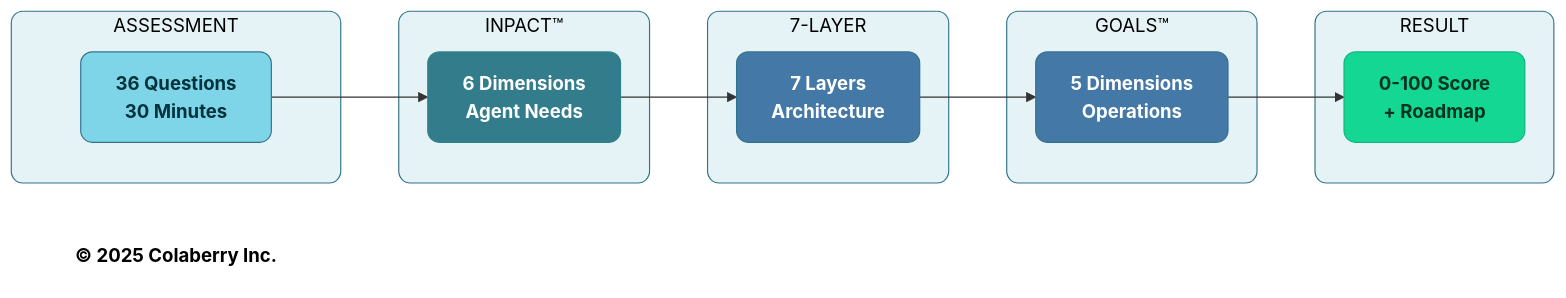
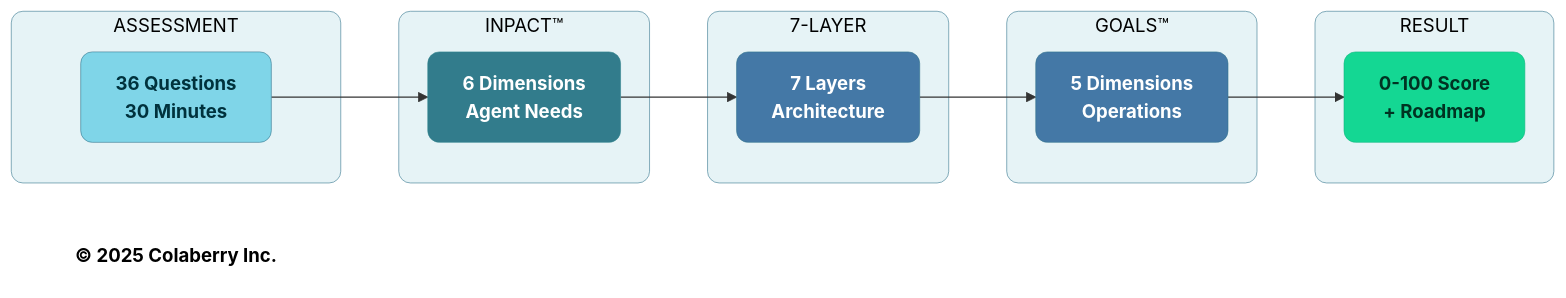
One commit to saitejesh-cyber/trust-before-intelligence-book changed the second of 6 diagrams in manuscript/10_chapter_9_measuring_agent_readiness.md. Above: the diagram before and after it, drawn with Mermaid. The commit also changed other lines of this file and 12 other files, not shown here.

Commit message:
Update stroke width to 0.5px instead of 1px to all the diagrams

````diff
--- a/manuscript/10_chapter_9_measuring_agent_readiness.md
+++ b/manuscript/10_chapter_9_measuring_agent_readiness.md
@@ -89,38 +89,38 @@
 ```mermaid
 graph LR
     subgraph ASSESS["ASSESSMENT"]
         A1["<b>36 Questions</b><br/><b>30 Minutes</b>"]
     end
     
     subgraph INPACT["INPACT™"]
         I1["<b>6 Dimensions</b><br/><b>Agent Needs</b>"]
     end
     
     subgraph ARCH["7-LAYER"]
         A2["<b>7 Layers</b><br/><b>Architecture</b>"]
     end
     
     subgraph GOALS["GOALS™"]
         G1["<b>5 Dimensions</b><br/><b>Operations</b>"]
     end
     
     subgraph RESULT["RESULT"]
         R1["<b>0-100 Score</b><br/><b>+ Roadmap</b>"]
     end
     
     A1 --> I1 --> A2 --> G1 --> R1
     
     Copyright["<b>© 2025 Colaberry Inc.</b>"]
     
-    style ASSESS fill:#E6F3F6,stroke:#32738C,stroke-width:1px,color:#000000,rx:10,ry:10
-    style INPACT fill:#E6F3F6,stroke:#32738C,stroke-width:1px,color:#000000,rx:10,ry:10
-    style ARCH fill:#E6F3F6,stroke:#32738C,stroke-width:1px,color:#000000,rx:10,ry:10
-    style GOALS fill:#E6F3F6,stroke:#32738C,stroke-width:1px,color:#000000,rx:10,ry:10
-    style RESULT fill:#E6F3F6,stroke:#32738C,stroke-width:1px,color:#000000,rx:10,ry:10
-    style A1 fill:#7FD5E8,stroke:#32738C,stroke-width:1px,color:#00323D,rx:10,ry:10
-    style I1 fill:#327C8C,stroke:#30838C,stroke-width:1px,color:#ffffff,rx:10,ry:10
-    style A2 fill:#4478A6,stroke:#32738C,stroke-width:1px,color:#ffffff,rx:10,ry:10
-    style G1 fill:#4478A6,stroke:#32738C,stroke-width:1px,color:#ffffff,rx:10,ry:10
-    style R1 fill:#14D793,stroke:#0FB67D,stroke-width:1px,color:#003322,rx:10,ry:10
+    style ASSESS fill:#E6F3F6,stroke:#32738C,stroke-width:0.5px,color:#000000,rx:10,ry:10
+    style INPACT fill:#E6F3F6,stroke:#32738C,stroke-width:0.5px,color:#000000,rx:10,ry:10
+    style ARCH fill:#E6F3F6,stroke:#32738C,stroke-width:0.5px,color:#000000,rx:10,ry:10
+    style GOALS fill:#E6F3F6,stroke:#32738C,stroke-width:0.5px,color:#000000,rx:10,ry:10
+    style RESULT fill:#E6F3F6,stroke:#32738C,stroke-width:0.5px,color:#000000,rx:10,ry:10
+    style A1 fill:#7FD5E8,stroke:#32738C,stroke-width:0.5px,color:#00323D,rx:10,ry:10
+    style I1 fill:#327C8C,stroke:#30838C,stroke-width:0.5px,color:#ffffff,rx:10,ry:10
+    style A2 fill:#4478A6,stroke:#32738C,stroke-width:0.5px,color:#ffffff,rx:10,ry:10
+    style G1 fill:#4478A6,stroke:#32738C,stroke-width:0.5px,color:#ffffff,rx:10,ry:10
+    style R1 fill:#14D793,stroke:#0FB67D,stroke-width:0.5px,color:#003322,rx:10,ry:10
     style Copyright fill:none,stroke:none,color:#000000
 ```
````
